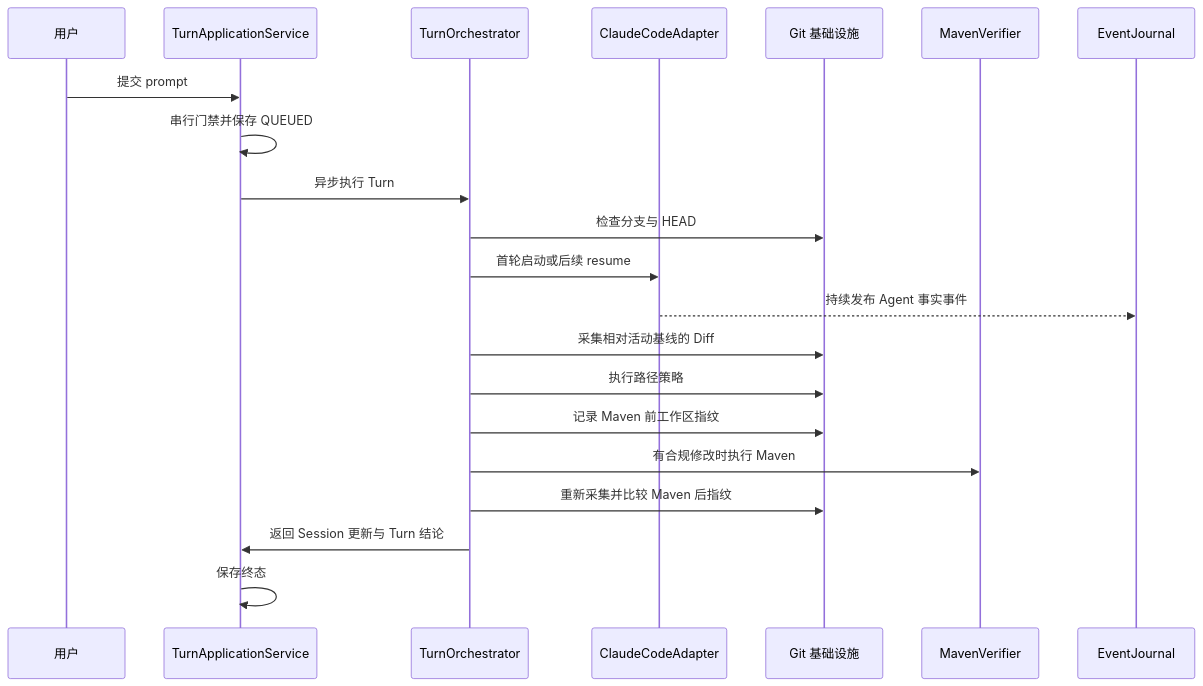
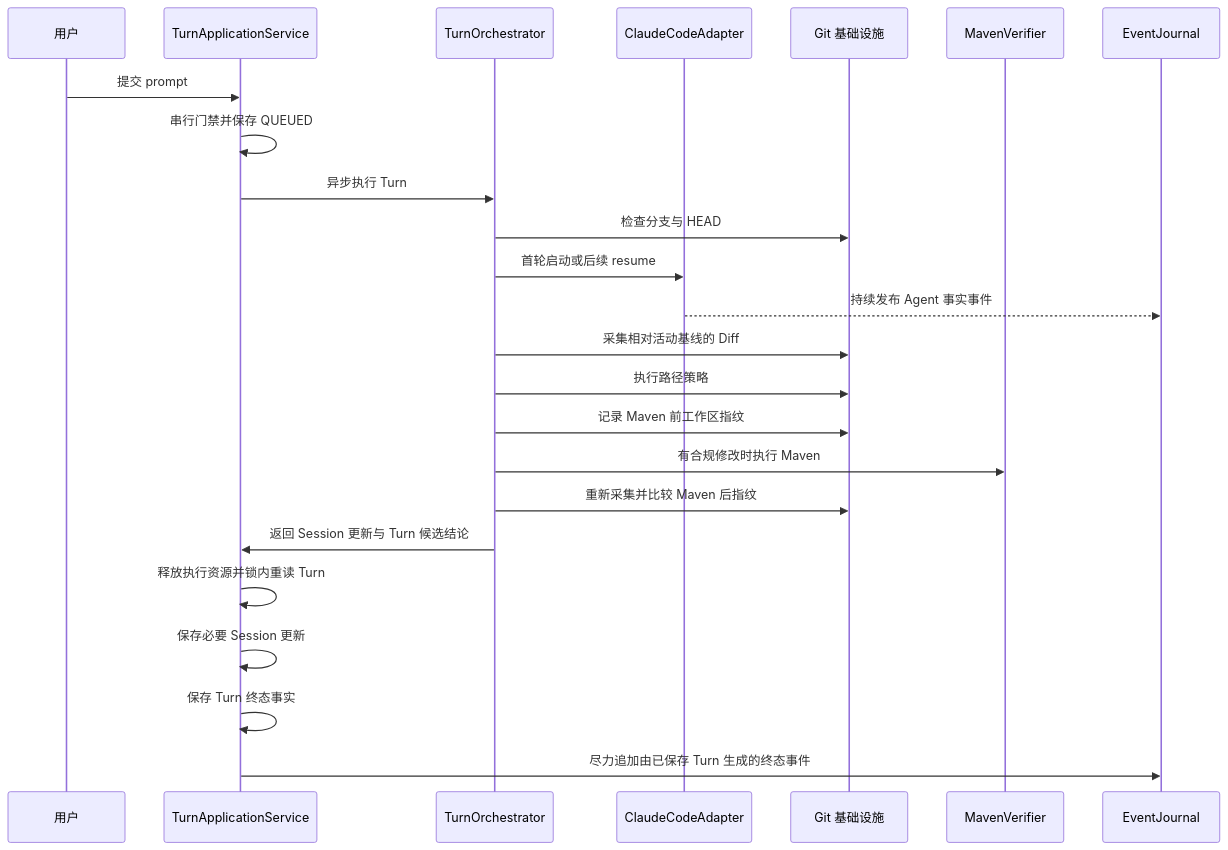
One commit to smile-gu/Code-Weave changed the seventh of 11 diagrams in docs/architecture/current-architecture.md. Above: the diagram before and after it, drawn with Mermaid. The commit also changed other lines of this file and 40 other files, not shown here.

````diff
--- a/docs/architecture/current-architecture.md
+++ b/docs/architecture/current-architecture.md
@@ -185,23 +185,26 @@
 ```mermaid
 sequenceDiagram
     participant U as 用户
     participant APP as TurnApplicationService
     participant O as TurnOrchestrator
     participant C as ClaudeCodeAdapter
     participant G as Git 基础设施
     participant M as MavenVerifier
     participant E as EventJournal
     U->>APP: 提交 prompt
     APP->>APP: 串行门禁并保存 QUEUED
     APP->>O: 异步执行 Turn
     O->>G: 检查分支与 HEAD
     O->>C: 首轮启动或后续 resume
     C-->>E: 持续发布 Agent 事实事件
     O->>G: 采集相对活动基线的 Diff
     O->>G: 执行路径策略
     O->>G: 记录 Maven 前工作区指纹
     O->>M: 有合规修改时执行 Maven
     O->>G: 重新采集并比较 Maven 后指纹
-    O->>APP: 返回 Session 更新与 Turn 结论
-    APP->>APP: 保存终态
+    O->>APP: 返回 Session 更新与 Turn 候选结论
+    APP->>APP: 释放执行资源并锁内重读 Turn
+    APP->>APP: 保存必要 Session 更新
+    APP->>APP: 保存 Turn 终态事实
+    APP->>E: 尽力追加由已保存 Turn 生成的终态事件
 ```
````
